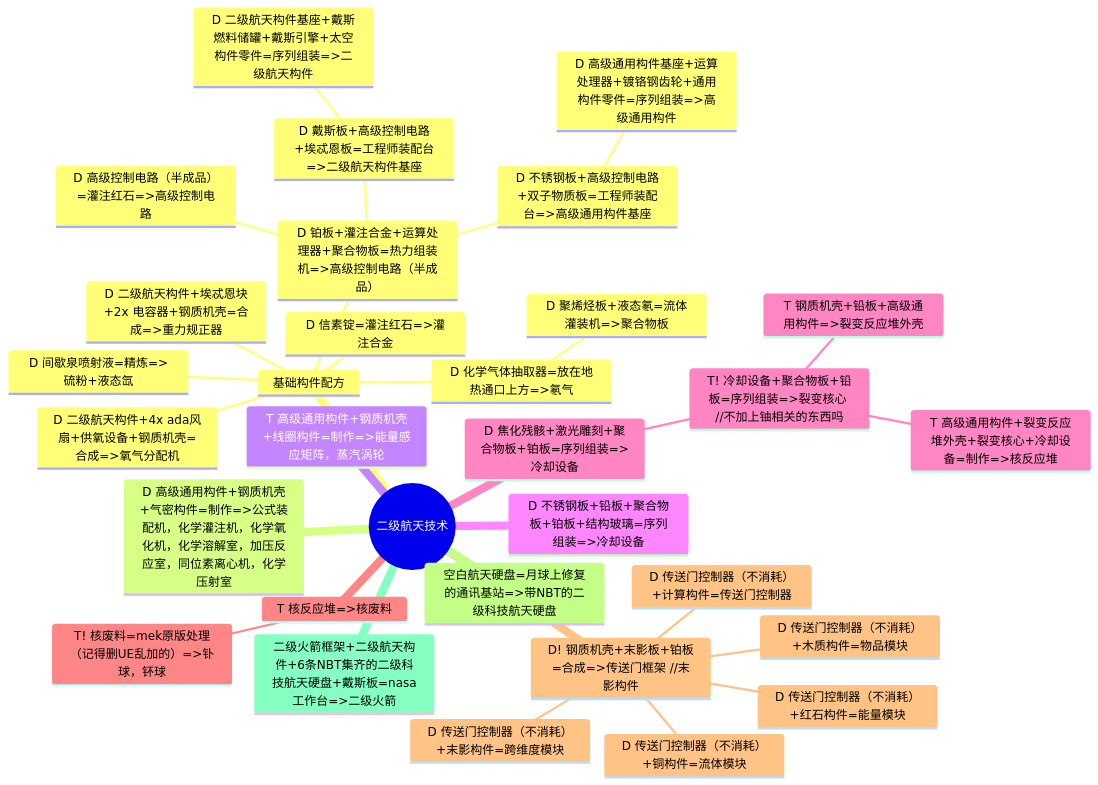
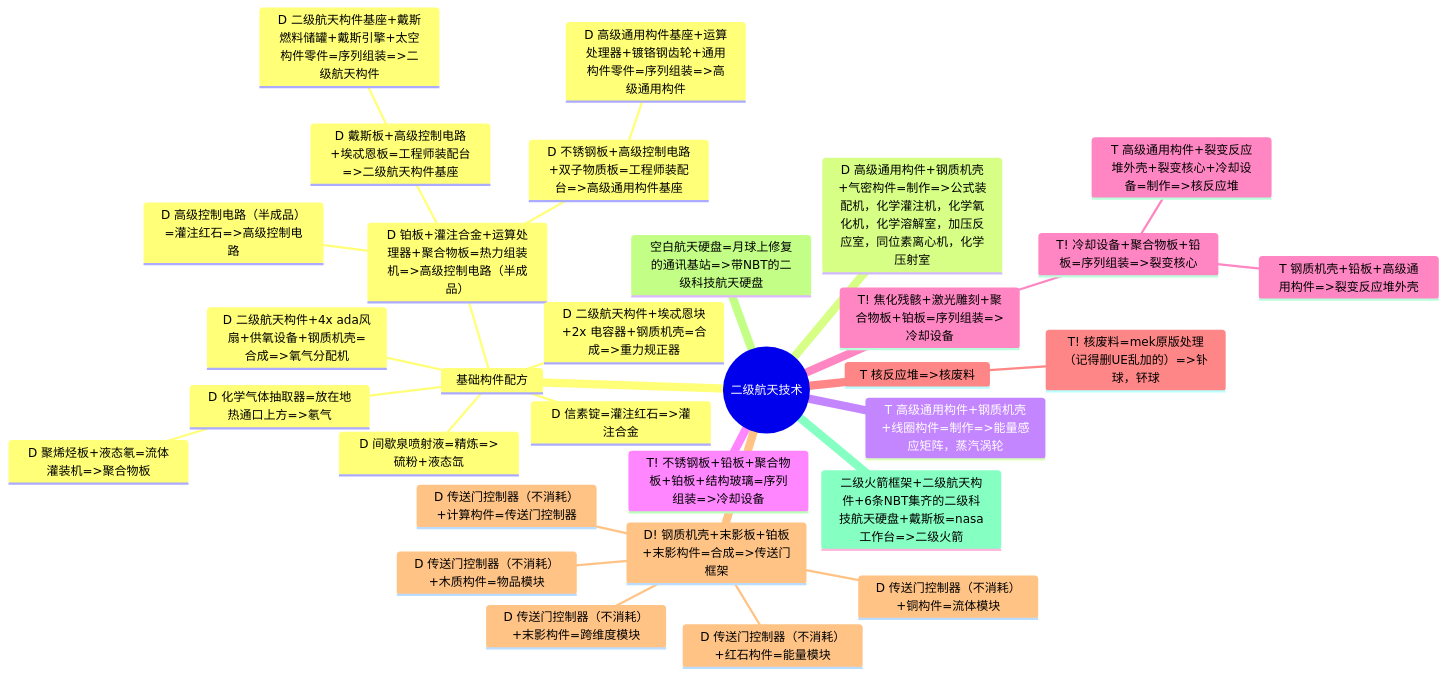
Before and after one commit to VechniMetel/CodeNameCIM2: the second of 4 diagrams in Developer/TechTreeMap.md, drawn with Mermaid.

````diff
--- a/Developer/TechTreeMap.md
+++ b/Developer/TechTreeMap.md
@@ -48,34 +48,34 @@
 ``` mermaid
 mindmap
     root((二级航天技术))
         基础构件配方
             D 信素锭=灌注红石=>灌注合金
             D 间歇泉喷射液=精炼=>硫粉+液态氙
             D 化学气体抽取器=放在地热通口上方=>氡气
                 D 聚烯烃板+液态氡=流体灌装机=>聚合物板
             D 铂板+灌注合金+运算处理器+聚合物板=热力组装机=>高级控制电路（半成品）
                 D 高级控制电路（半成品）=灌注红石=>高级控制电路
                 D 戴斯板+高级控制电路+埃忒恩板=工程师装配台=>二级航天构件基座
                     D 二级航天构件基座+戴斯燃料储罐+戴斯引擎+太空构件零件=序列组装=>二级航天构件
                 D 不锈钢板+高级控制电路+双子物质板=工程师装配台=>高级通用构件基座
                     D 高级通用构件基座+运算处理器+镀铬钢齿轮+通用构件零件=序列组装=>高级通用构件
             D 二级航天构件+4x ada风扇+供氧设备+钢质机壳=合成=>氧气分配机
             D 二级航天构件+埃忒恩块+2x 电容器+钢质机壳=合成=>重力规正器
         D 高级通用构件+钢质机壳+气密构件=制作=>公式装配机，化学灌注机，化学氧化机，化学溶解室，加压反应室，同位素离心机，化学压射室
         T 高级通用构件+钢质机壳+线圈构件=制作=>能量感应矩阵，蒸汽涡轮
-        D 不锈钢板+铅板+聚合物板+铂板+结构玻璃=序列组装=>冷却设备
-        D 焦化残骸+激光雕刻+聚合物板+铂板=序列组装=>冷却设备
-           T! 冷却设备+聚合物板+铅板=序列组装=>裂变核心 //不加上铀相关的东西吗
+        T! 不锈钢板+铅板+聚合物板+铂板+结构玻璃=序列组装=>冷却设备
+        T! 焦化残骸+激光雕刻+聚合物板+铂板=序列组装=>冷却设备
+           T! 冷却设备+聚合物板+铅板=序列组装=>裂变核心
             T 钢质机壳+铅板+高级通用构件=>裂变反应堆外壳
             T 高级通用构件+裂变反应堆外壳+裂变核心+冷却设备=制作=>核反应堆
         T 核反应堆=>核废料
             T! 核废料=mek原版处理（记得删UE乱加的）=>钋球，钚球
-        D! 钢质机壳+末影板+铂板=合成=>传送门框架 //末影构件
+        D! 钢质机壳+末影板+铂板+末影构件=合成=>传送门框架
             D 传送门控制器（不消耗）+计算构件=传送门控制器
             D 传送门控制器（不消耗）+木质构件=物品模块
             D 传送门控制器（不消耗）+铜构件=流体模块
             D 传送门控制器（不消耗）+红石构件=能量模块
             D 传送门控制器（不消耗）+末影构件=跨维度模块
         空白航天硬盘=月球上修复的通讯基站=>带NBT的二级科技航天硬盘
         二级火箭框架+二级航天构件+6条NBT集齐的二级科技航天硬盘+戴斯板=nasa工作台=>二级火箭
 ```
````
